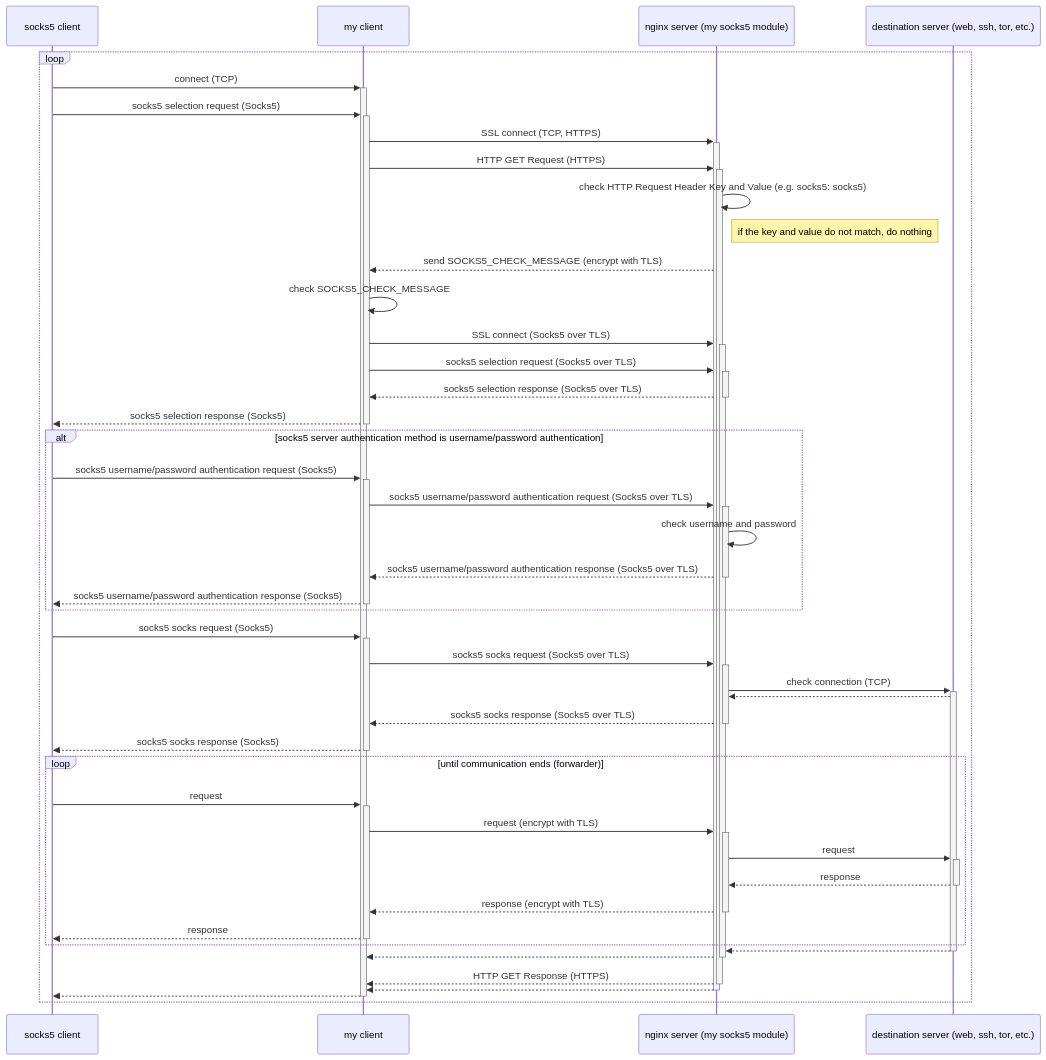
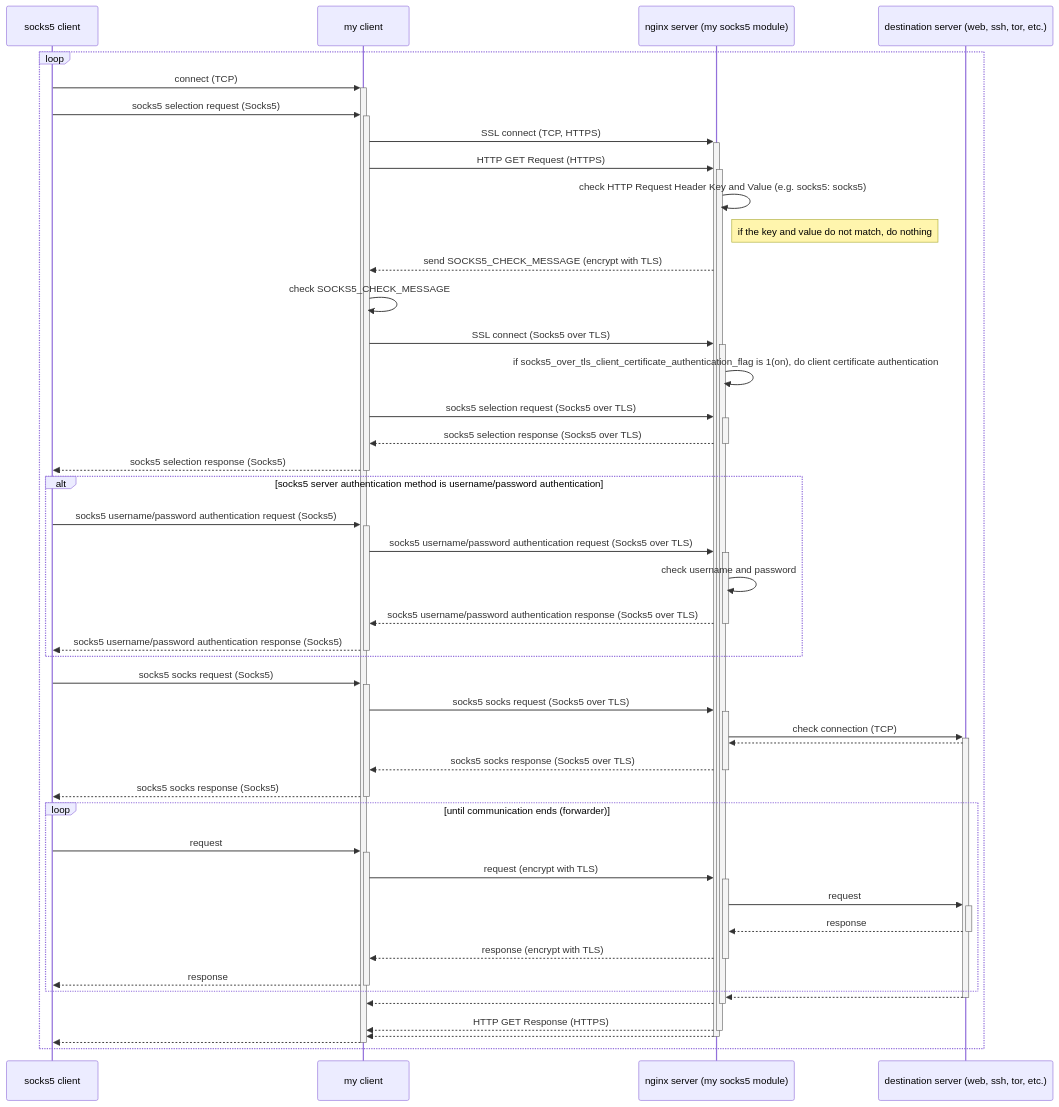
The first of 4 diagrams in README.md (shuichiro-endo/socks5-nginx-module-v2), drawn with Mermaid before and after one commit. The commit also changed other lines of this file and 7 other files, not shown here.

Commit message:
add client certificate authentication (socks5 over tls)

````diff
--- a/README.md
+++ b/README.md
@@ -13,47 +13,48 @@
 ```mermaid
 sequenceDiagram
     participant A as socks5 client
     participant B as my client
     participant C as nginx server (my socks5 module)
     participant D as destination server (web, ssh, tor, etc.)
     loop 
         A->>+B: connect (TCP)
         A->>+B: socks5 selection request (Socks5)
         B->>+C: SSL connect (TCP, HTTPS)
         B->>+C: HTTP GET Request (HTTPS)
         C->>C: check HTTP Request Header Key and Value (e.g. socks5: socks5)
         note right of C: if the key and value do not match, do nothing
         C-->>B: send SOCKS5_CHECK_MESSAGE (encrypt with TLS)
         B->>B: check SOCKS5_CHECK_MESSAGE
         B->>+C: SSL connect (Socks5 over TLS)
+        C->>C: if socks5_over_tls_client_certificate_authentication_flag is 1(on), do client certificate authentication
         B->>+C: socks5 selection request (Socks5 over TLS)
         C-->>-B: socks5 selection response (Socks5 over TLS)
         B-->>-A: socks5 selection response (Socks5)
         alt socks5 server authentication method is username/password authentication
         A->>+B: socks5 username/password authentication request (Socks5)
         B->>+C: socks5 username/password authentication request (Socks5 over TLS)
         C->>C: check username and password
         C-->>-B: socks5 username/password authentication response (Socks5 over TLS)
         B-->>-A: socks5 username/password authentication response (Socks5)
         end
         A->>+B: socks5 socks request (Socks5)
         B->>+C: socks5 socks request (Socks5 over TLS)
         C->>+D: check connection (TCP)
         D-->>C: 
         C-->>-B: socks5 socks response (Socks5 over TLS)
         B-->>-A: socks5 socks response (Socks5)
         loop until communication ends (forwarder)
             A->>+B: request
             B->>+C: request (encrypt with TLS)
             C->>+D: request
             D-->>-C: response
             C-->>-B: response (encrypt with TLS)
             B-->>-A: response
         end
         D-->>-C:  
         C-->>-B: 
         C-->>-B: HTTP GET Response (HTTPS)
         C-->>-B: 
         B-->>-A: 
     end
 ```
````
